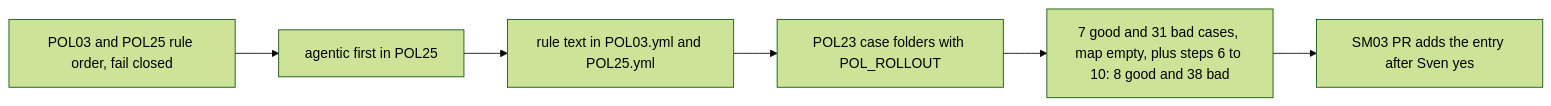
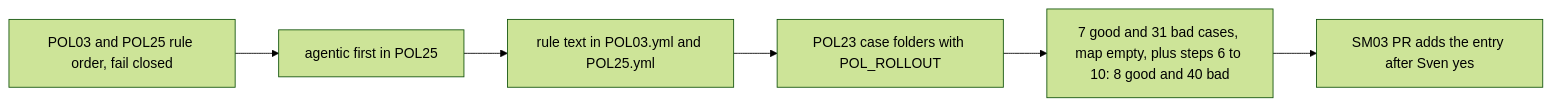
One commit to svennijhuis/agentic-workflows changed the second of 2 diagrams in docs/pbi/smoke/SM05.md. Above: the diagram before and after it, drawn with Mermaid (forest theme). The commit also changed other lines of this file and 3 other files, not shown here.

````diff
--- a/docs/pbi/smoke/SM05.md
+++ b/docs/pbi/smoke/SM05.md
@@ -183,8 +186,8 @@
 ```mermaid
 flowchart LR
   S1[POL03 and POL25 rule order, fail closed] --> S2[agentic first in POL25]
   S2 --> S3[rule text in POL03.yml and POL25.yml]
   S3 --> S4[POL23 case folders with POL_ROLLOUT]
-  S4 --> S5[7 good and 31 bad cases, map empty, plus steps 6 to 10: 8 good and 38 bad]
+  S4 --> S5[7 good and 31 bad cases, map empty, plus steps 6 to 10: 8 good and 40 bad]
   S5 --> S6[SM03 PR adds the entry after Sven yes]
 ```
````
